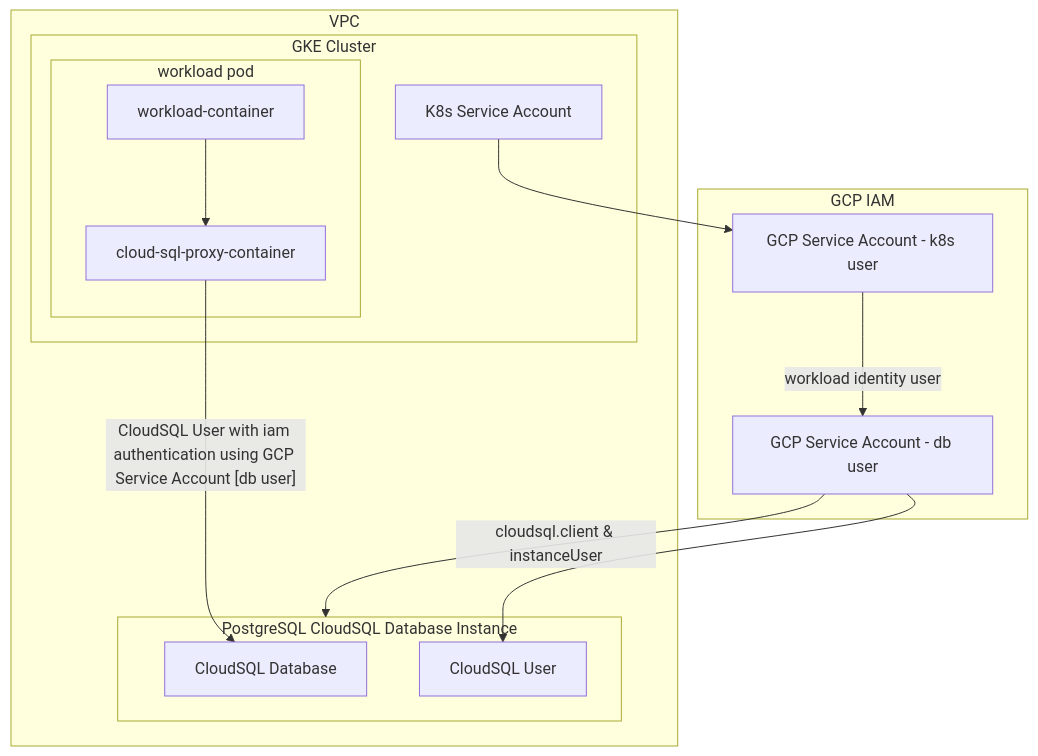
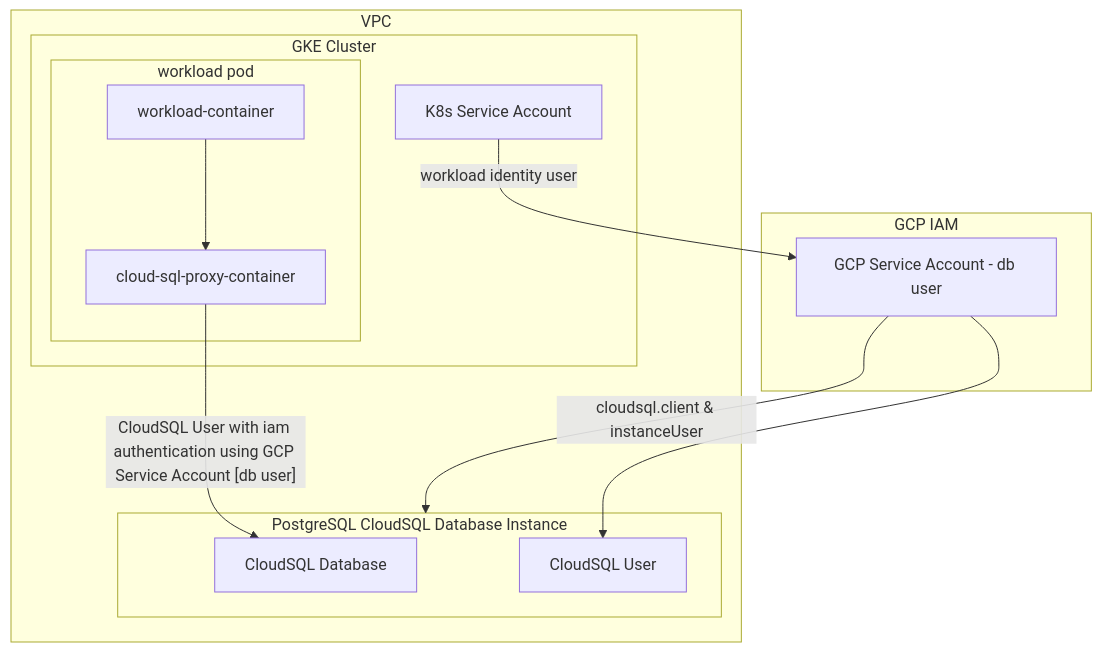
One commit to humanitec-architecture/resource-packs-gcp changed the first of 2 diagrams in examples/postgres/README.md. Above: the diagram before and after it, drawn with Mermaid. The commit also changed other lines of this file and 26 other files, not shown here.

Commit message:
feat: updated workload identity

````diff
--- a/examples/postgres/README.md
+++ b/examples/postgres/README.md
@@ -36,26 +36,24 @@
 ```mermaid
 graph TD
 subgraph GCP IAM
     gcp_db_serviceaccount[GCP Service Account - db user]
-    gcp_k8s_serviceaccount[GCP Service Account - k8s user]
 end
 
 subgraph VPC
     subgraph server["PostgreSQL CloudSQL Database Instance"]
         database["CloudSQL Database"]
         user["CloudSQL User"]
     end
 
     subgraph GKE Cluster
         subgraph pod[workload pod]
             workload-container --> cloud-sql-proxy-container
             cloud-sql-proxy-container -- CloudSQL User with iam authentication using GCP Service Account [db user] --> database
         end
-        service[K8s Service Account] --> gcp_k8s_serviceaccount
+        k8s_serviceaccount[K8s Service Account] -- workload identity user --> gcp_db_serviceaccount
     end
-    gcp_k8s_serviceaccount -- workload identity user --> gcp_db_serviceaccount
 end
 
 gcp_db_serviceaccount --> user
 gcp_db_serviceaccount -- cloudsql.client & instanceUser --> server
 ```
````
